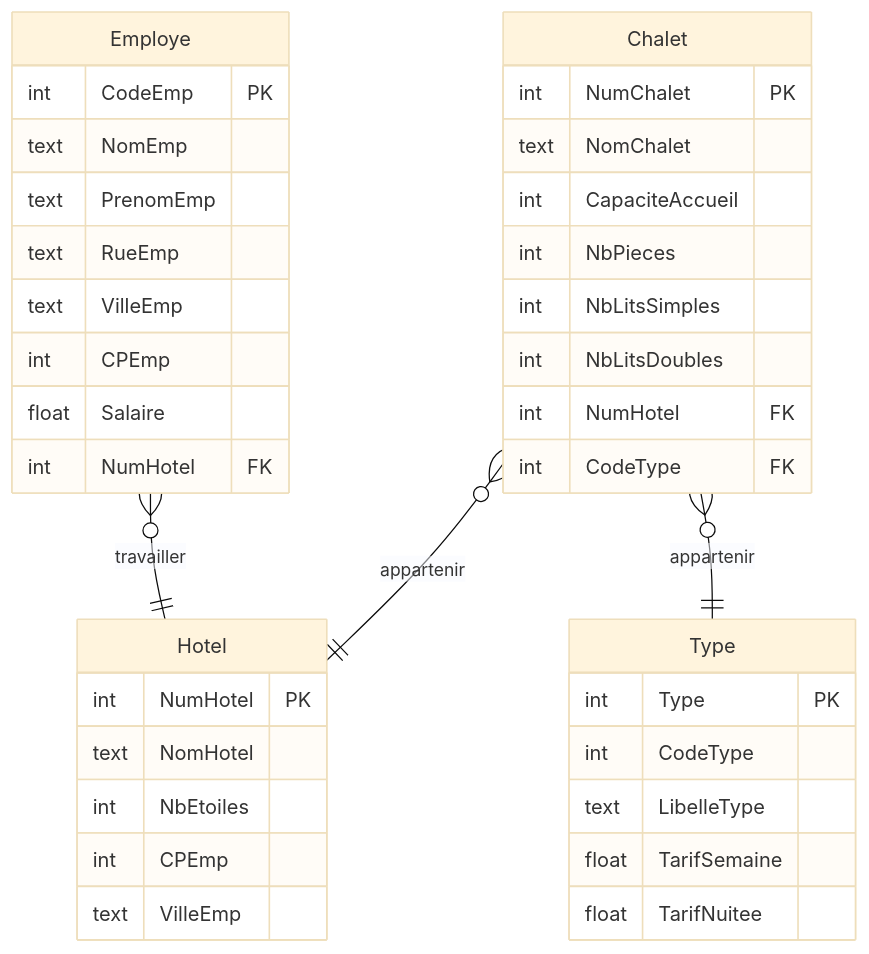
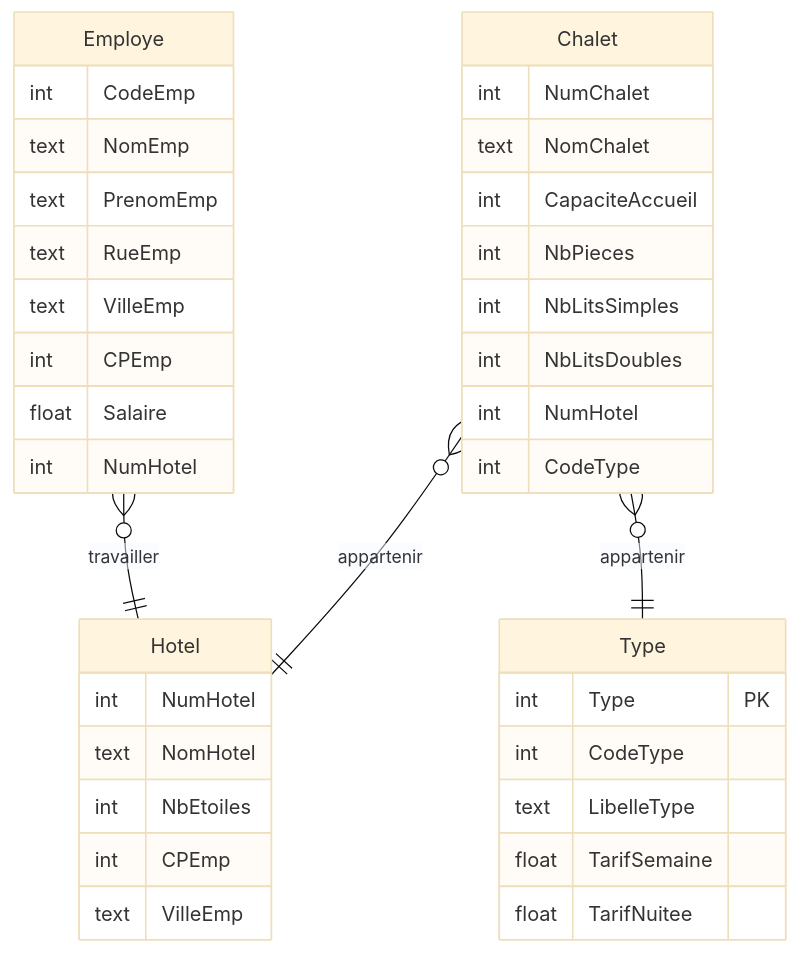
The diagram in db/exercices/chalets/README.md (fxpar/SQLpratique), drawn with Mermaid (base theme) before and after one commit.

````diff
--- a/db/exercices/chalets/README.md
+++ b/db/exercices/chalets/README.md
@@ -9,40 +9,40 @@
 ```mermaid
 erDiagram
     Chalet }o--|| Hotel : appartenir
 	Chalet }o--|| Type : appartenir
     Chalet {
-			int NumChalet PK
+			int NumChalet
 			text NomChalet
 			int CapaciteAccueil
 			int NbPieces
 			int NbLitsSimples
 			int NbLitsDoubles
-			int NumHotel FK
-			int CodeType FK
+			int NumHotel
+			int CodeType
     }
     Employe }o--|| Hotel : travailler
     Employe {
-			int CodeEmp PK
+			int CodeEmp
 			text NomEmp
 			text PrenomEmp
 			text RueEmp
 			text VilleEmp
 			int CPEmp
 			float Salaire
-			int NumHotel FK
+			int NumHotel
     }
     Hotel {
-			int NumHotel PK
+			int NumHotel
 			text NomHotel
 			int NbEtoiles
 			int CPEmp
 			text VilleEmp
     }
 	Type {
 			int Type PK
 			int CodeType
 			text LibelleType
 			float TarifSemaine
 			float TarifNuitee
     }
 ```
````
